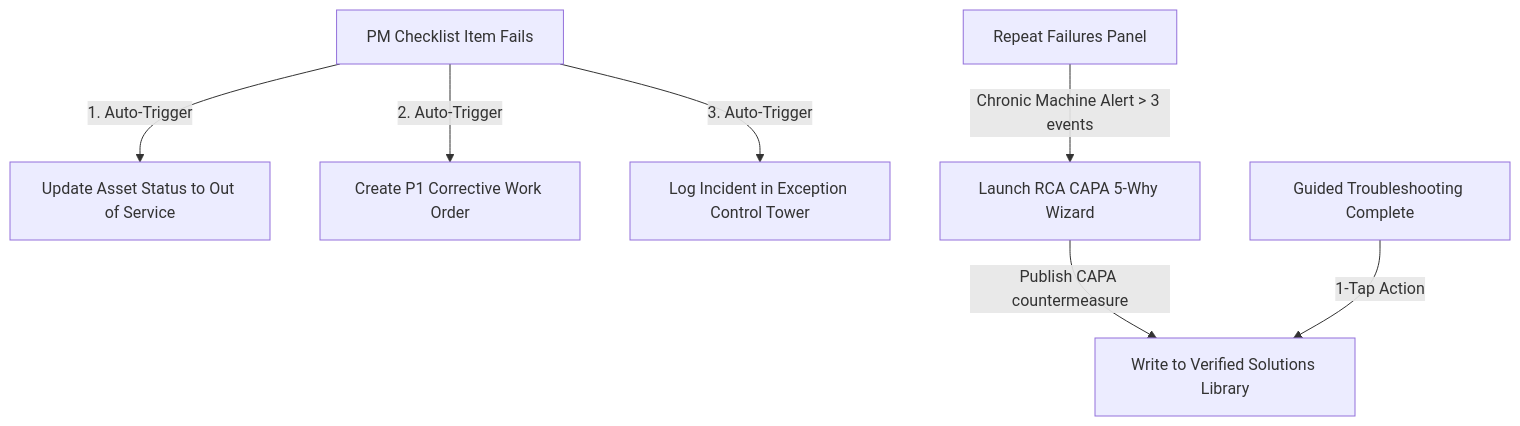
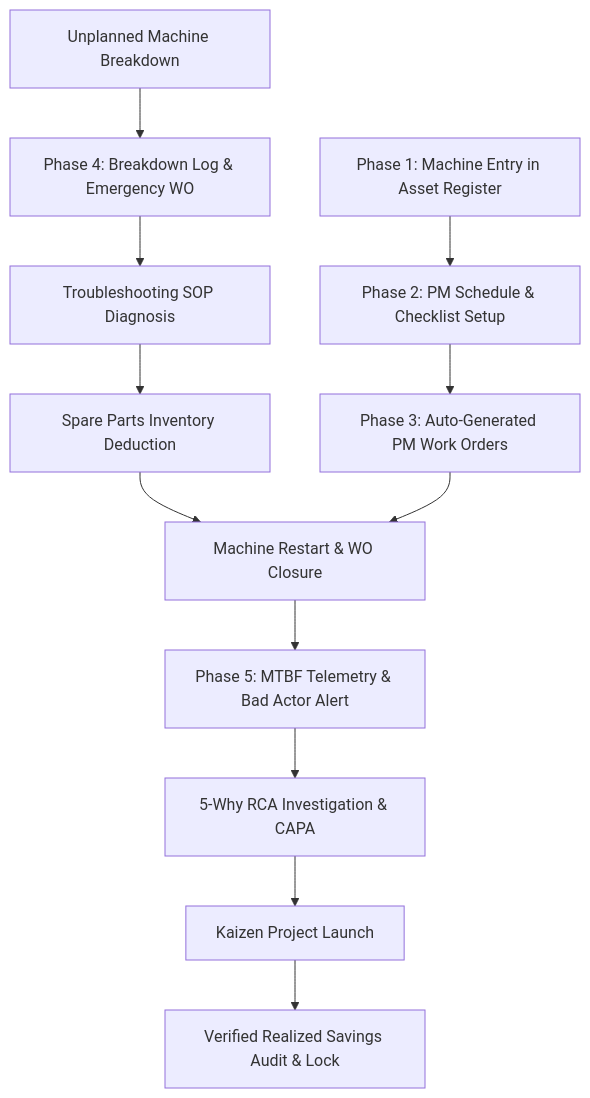
One commit to Hitesha-Borase/MaintenX-OS changed the diagram in wireframe.md. Above: the diagram before and after it, drawn with Mermaid. The commit also changed other lines of this file, not shown here.

````diff
--- a/wireframe.md
+++ b/wireframe.md
@@ -115,11 +87,16 @@
 ```mermaid
 graph TD
-    A[PM Checklist Item Fails] -->|1. Auto-Trigger| B[Update Asset Status to Out of Service]
-    A -->|2. Auto-Trigger| C[Create P1 Corrective Work Order]
-    A -->|3. Auto-Trigger| D[Log Incident in Exception Control Tower]
+    A[Phase 1: Machine Entry in Asset Register] --> B[Phase 2: PM Schedule & Checklist Setup]
+    B --> C[Phase 3: Auto-Generated PM Work Orders]
     
-    E[Repeat Failures Panel] -->|Chronic Machine Alert > 3 events| F[Launch RCA CAPA 5-Why Wizard]
-    F -->|Publish CAPA countermeasure| G[Write to Verified Solutions Library]
+    D[Unplanned Machine Breakdown] --> E[Phase 4: Breakdown Log & Emergency WO]
+    E --> F[Troubleshooting SOP Diagnosis]
+    F --> G[Spare Parts Inventory Deduction]
+    G --> H[Machine Restart & WO Closure]
     
-    H[Guided Troubleshooting Complete] -->|1-Tap Action| G
+    C --> H
+    H --> I[Phase 5: MTBF Telemetry & Bad Actor Alert]
+    I --> J[5-Why RCA Investigation & CAPA]
+    J --> K[Kaizen Project Launch]
+    K --> L[Verified Realized Savings Audit & Lock]
 ```
````
